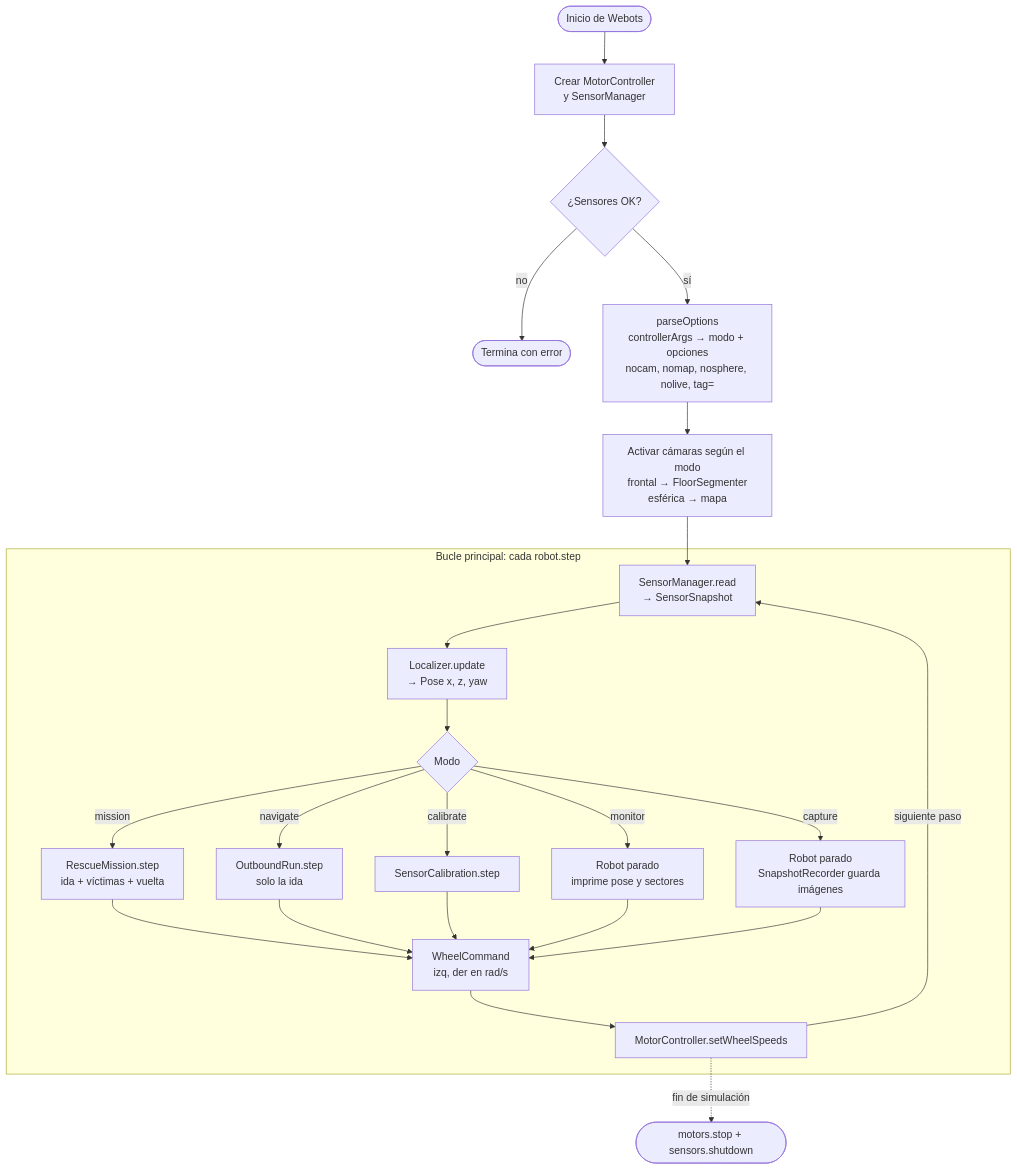
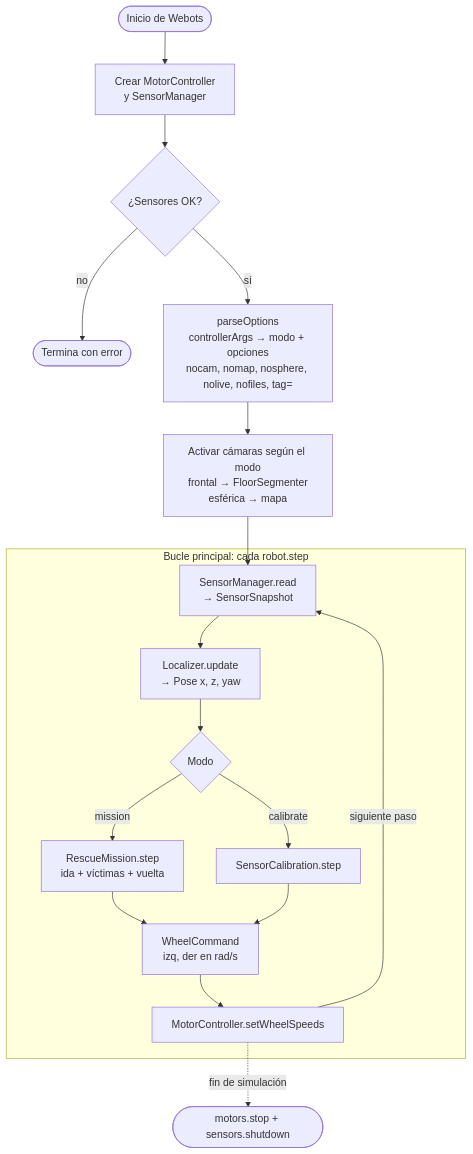
One commit to ByGaloZs/pioneer-ii-rescue-webots changed the first of 3 diagrams in docs/DIAGRAMAS.md. Above: the diagram before and after it, drawn with Mermaid. The commit also changed other lines of this file and 17 other files, not shown here.

````diff
--- a/docs/DIAGRAMAS.md
+++ b/docs/DIAGRAMAS.md
@@ -15,26 +15,20 @@
 ```mermaid
 flowchart TD
   A(["Inicio de Webots"]) --> B["Crear MotorController<br/>y SensorManager"]
   B --> C{"¿Sensores OK?"}
   C -- no --> X(["Termina con error"])
-  C -- sí --> D["parseOptions<br/>controllerArgs → modo + opciones<br/>nocam, nomap, nosphere, nolive, tag="]
+  C -- sí --> D["parseOptions<br/>controllerArgs → modo + opciones<br/>nocam, nomap, nosphere, nolive, nofiles, tag="]
   D --> E["Activar cámaras según el modo<br/>frontal → FloorSegmenter<br/>esférica → mapa"]
   E --> L
   subgraph LOOP ["Bucle principal: cada robot.step"]
     L["SensorManager.read<br/>→ SensorSnapshot"] --> M["Localizer.update<br/>→ Pose x, z, yaw"]
     M --> S{"Modo"}
     S -- mission --> R["RescueMission.step<br/>ida + víctimas + vuelta"]
-    S -- navigate --> O["OutboundRun.step<br/>solo la ida"]
     S -- calibrate --> K["SensorCalibration.step"]
-    S -- monitor --> N["Robot parado<br/>imprime pose y sectores"]
-    S -- capture --> P["Robot parado<br/>SnapshotRecorder guarda imágenes"]
     R --> W["WheelCommand<br/>izq, der en rad/s"]
-    O --> W
     K --> W
-    N --> W
-    P --> W
     W --> Q["MotorController.setWheelSpeeds"]
   end
   Q -- siguiente paso --> L
   Q -. fin de simulación .-> Z(["motors.stop + sensors.shutdown"])
 ```
````
